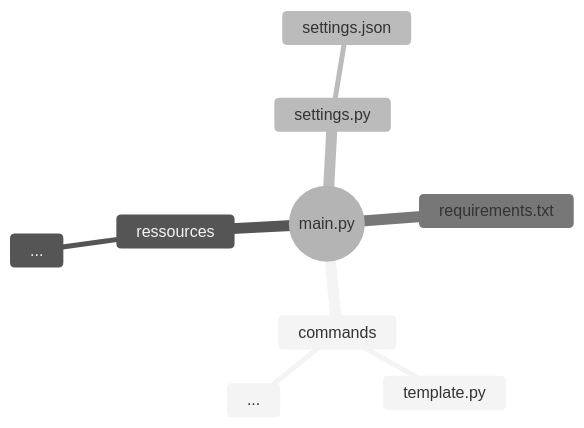
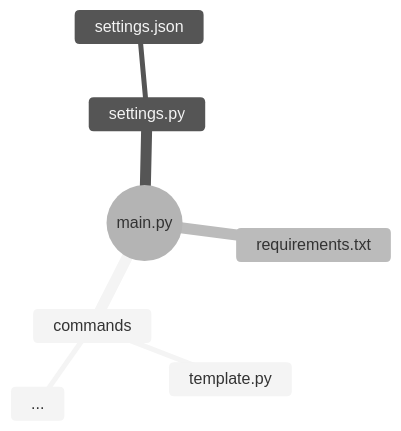
One commit to SRK1D/Delirium-Selfbot changed the diagram in README.md. Above: the diagram before and after it, drawn with Mermaid (neutral theme). The commit also changed other lines of this file, not shown here.

````diff
--- a/README.md
+++ b/README.md
@@ -3,12 +3,10 @@
 ```mermaid
 mindmap
   root((main.py))
     commands
       template.py
       ...
-    ressources
-      ...
     settings.py
       settings.json
     requirements.txt
 ```
````
